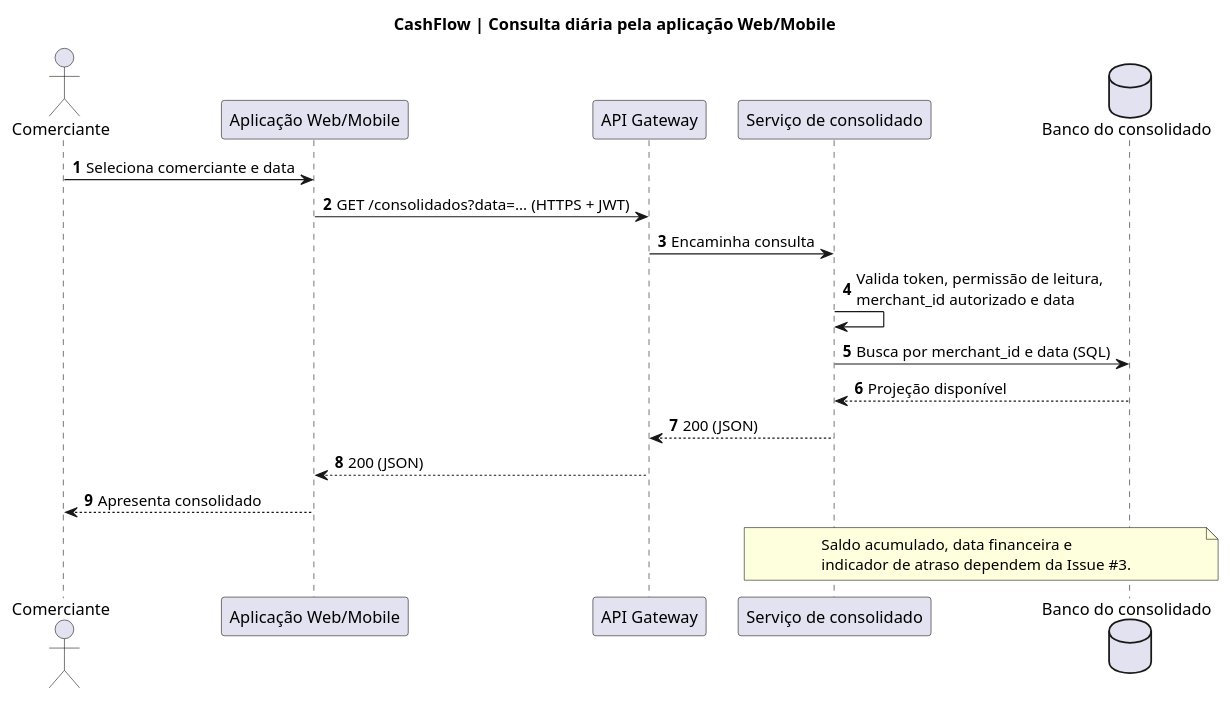
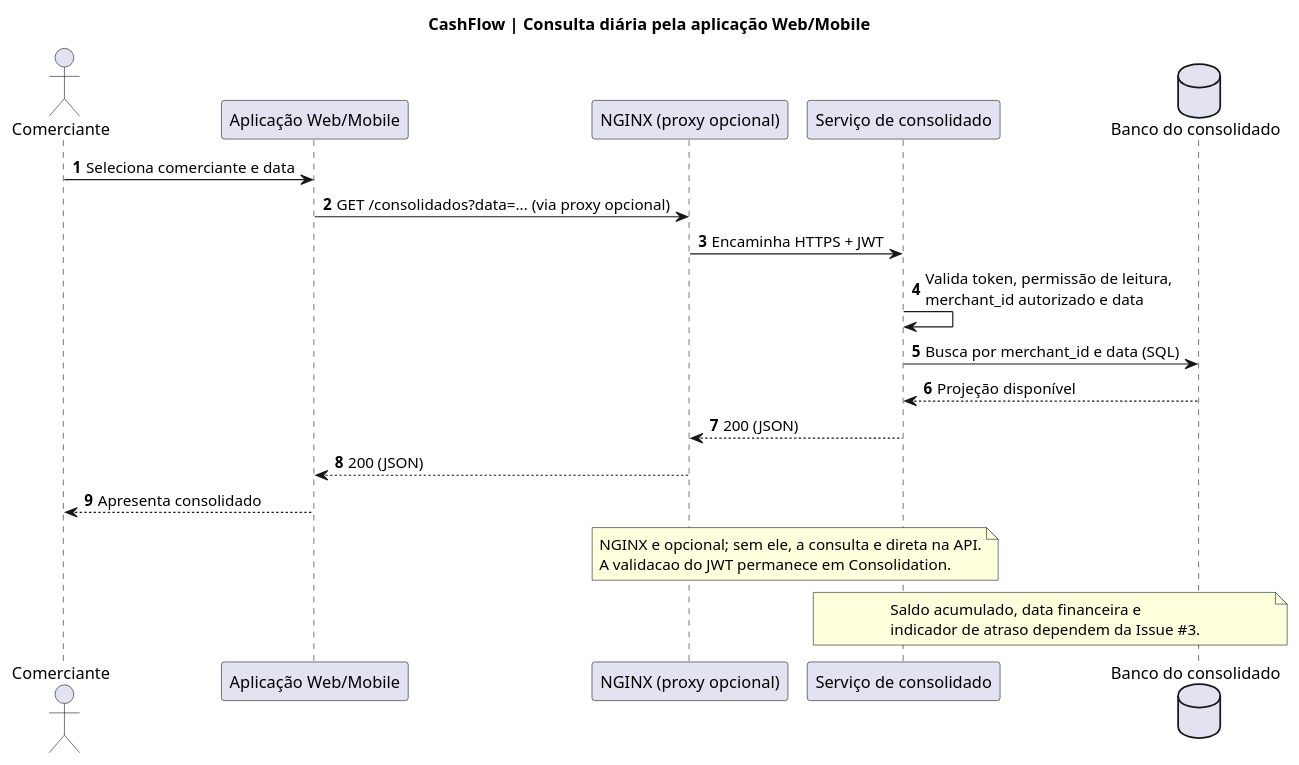
The diagram in docs/architecture/plantuml/sequence-query.puml (wolwerr/CashFlow-Architecture), drawn with PlantUML before and after one commit.

Commit message:
docs(architecture): align C4 and sequences with optional NGINX proxy, defer API Gateway (#7)

```diff
--- a/docs/architecture/plantuml/sequence-query.puml
+++ b/docs/architecture/plantuml/sequence-query.puml
@@ -1,22 +1,26 @@
 @startuml CashFlow_Query
 title CashFlow | Consulta diária pela aplicação Web/Mobile
 autonumber
 actor Comerciante
 participant "Aplicação Web/Mobile" as W
-participant "API Gateway" as G
+participant "NGINX (proxy opcional)" as G
 participant "Serviço de consolidado" as C
 database "Banco do consolidado" as B
 Comerciante -> W: Seleciona comerciante e data
-W -> G: GET /consolidados?data=... (HTTPS + JWT)
-G -> C: Encaminha consulta
+W -> G: GET /consolidados?data=... (via proxy opcional)
+G -> C: Encaminha HTTPS + JWT
 C -> C: Valida token, permissão de leitura,\nmerchant_id autorizado e data
 C -> B: Busca por merchant_id e data (SQL)
 B --> C: Projeção disponível
 C --> G: 200 (JSON)
 G --> W: 200 (JSON)
 W --> Comerciante: Apresenta consolidado
+note over G,C
+NGINX e opcional; sem ele, a consulta e direta na API.
+A validacao do JWT permanece em Consolidation.
+end note
 note over C,B
 Saldo acumulado, data financeira e
 indicador de atraso dependem da Issue #3.
 end note
 @enduml
```
